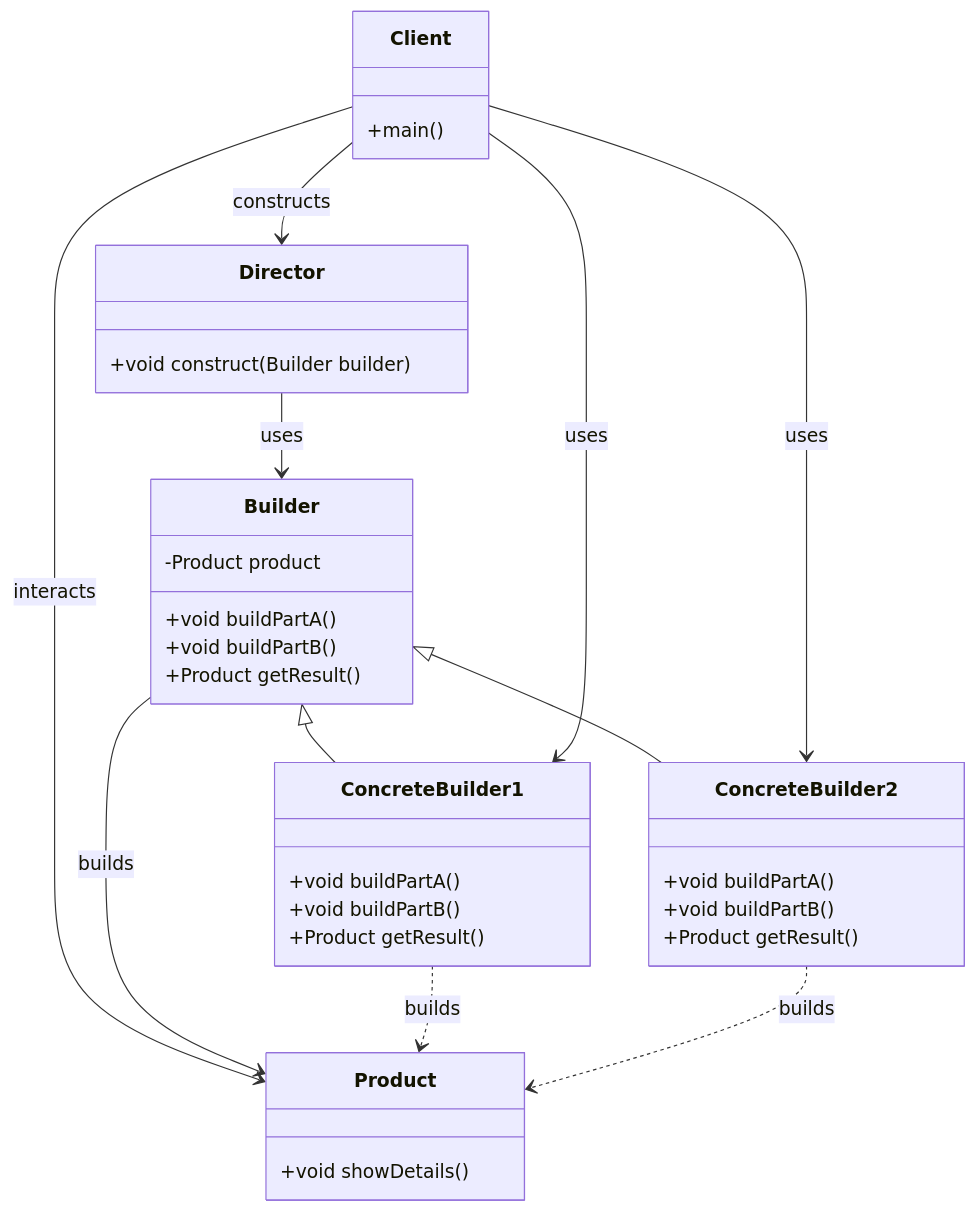
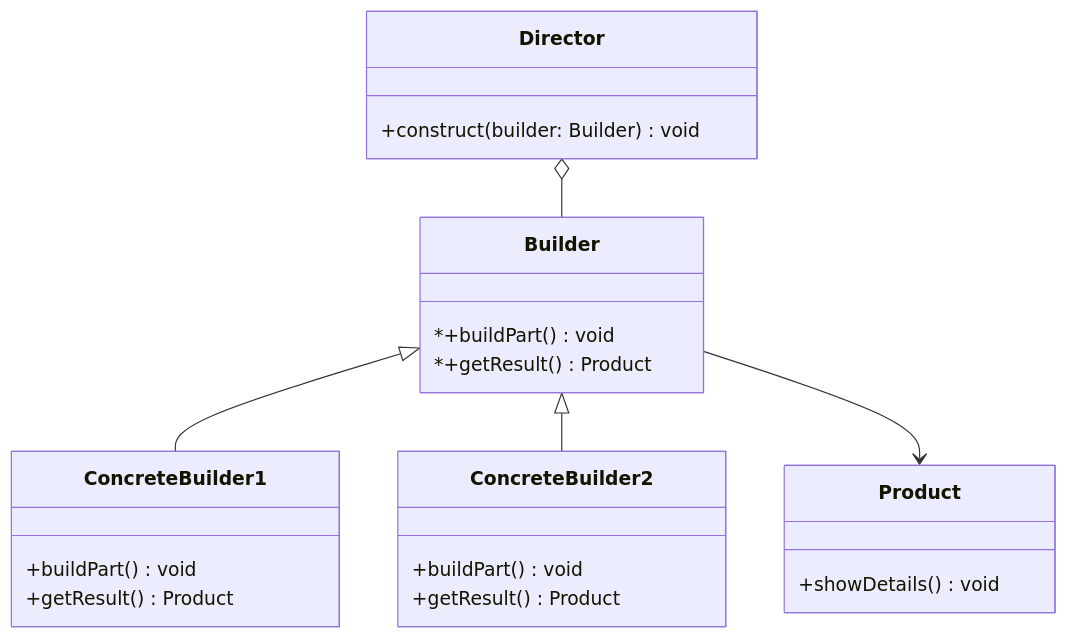
One commit to manigolara/notes-v2 changed the fourth of 5 diagrams in _DESIGN-PATTERNS/1. Creational.md. Above: the diagram before and after it, drawn with Mermaid. The commit also changed 3 other files, not shown here.

````diff
--- a/_DESIGN-PATTERNS/1. Creational.md
+++ b/_DESIGN-PATTERNS/1. Creational.md
@@ -200,45 +200,26 @@
     ```mermaid
     classDiagram
+        class Builder {
+            *+buildPart() void
+            *+getResult() Product
+        }
+        class ConcreteBuilder1 {
+            +buildPart() void
+            +getResult() Product
+        }
+        class ConcreteBuilder2 {
+            +buildPart() void
+            +getResult() Product
+        }
+        class Director {
+            +construct(builder: Builder) void
+        }
         class Product {
-            +void showDetails()
-        }
-
-        class Builder {
-            -Product product
-            +void buildPartA()
-            +void buildPartB()
-            +Product getResult()
-        }
-
-        class ConcreteBuilder1 {
-            +void buildPartA()
-            +void buildPartB()
-            +Product getResult()
-        }
-
-        class ConcreteBuilder2 {
-            +void buildPartA()
-            +void buildPartB()
-            +Product getResult()
-        }
-
-        class Director {
-            +void construct(Builder builder)
-        }
-
-        class Client {
-            +main()
+            +showDetails() void
         }
 
         Builder <|-- ConcreteBuilder1
         Builder <|-- ConcreteBuilder2
-        Director --> Builder : uses
-        Client --> Director : constructs
-        Client --> ConcreteBuilder1 : uses
-        Client --> ConcreteBuilder2 : uses
-        Client --> Product : interacts
-        Builder --> Product : builds
-
-        ConcreteBuilder1 ..> Product : builds
-        ConcreteBuilder2 ..> Product : builds
+        Director o-- Builder
+        Builder --> Product
     ```
````
